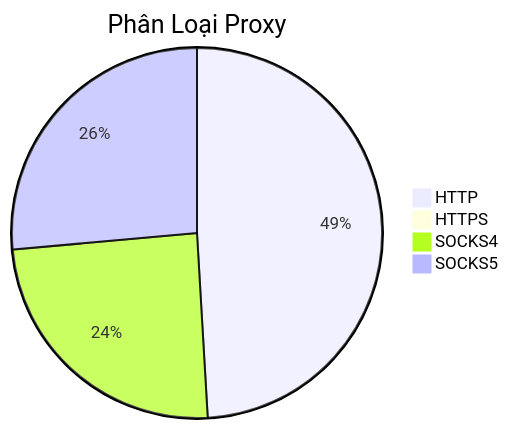
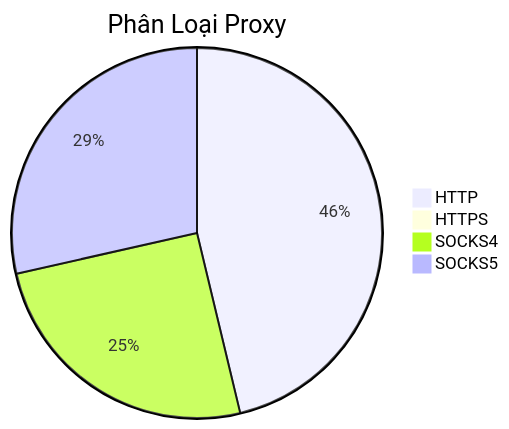
One commit to Ciara-12/PROXY-free changed the diagram in README.md. Above: the diagram before and after it, drawn with Mermaid. The commit also changed other lines of this file and 4 other files, not shown here.

````diff
--- a/README.md
+++ b/README.md
@@ -26,7 +26,7 @@
 ```mermaid
 pie title Phân Loại Proxy
-    "HTTP" : 557
+    "HTTP" : 475
     "HTTPS" : 1
-    "SOCKS4" : 278
-    "SOCKS5" : 300
+    "SOCKS4" : 259
+    "SOCKS5" : 293
 ```
````
